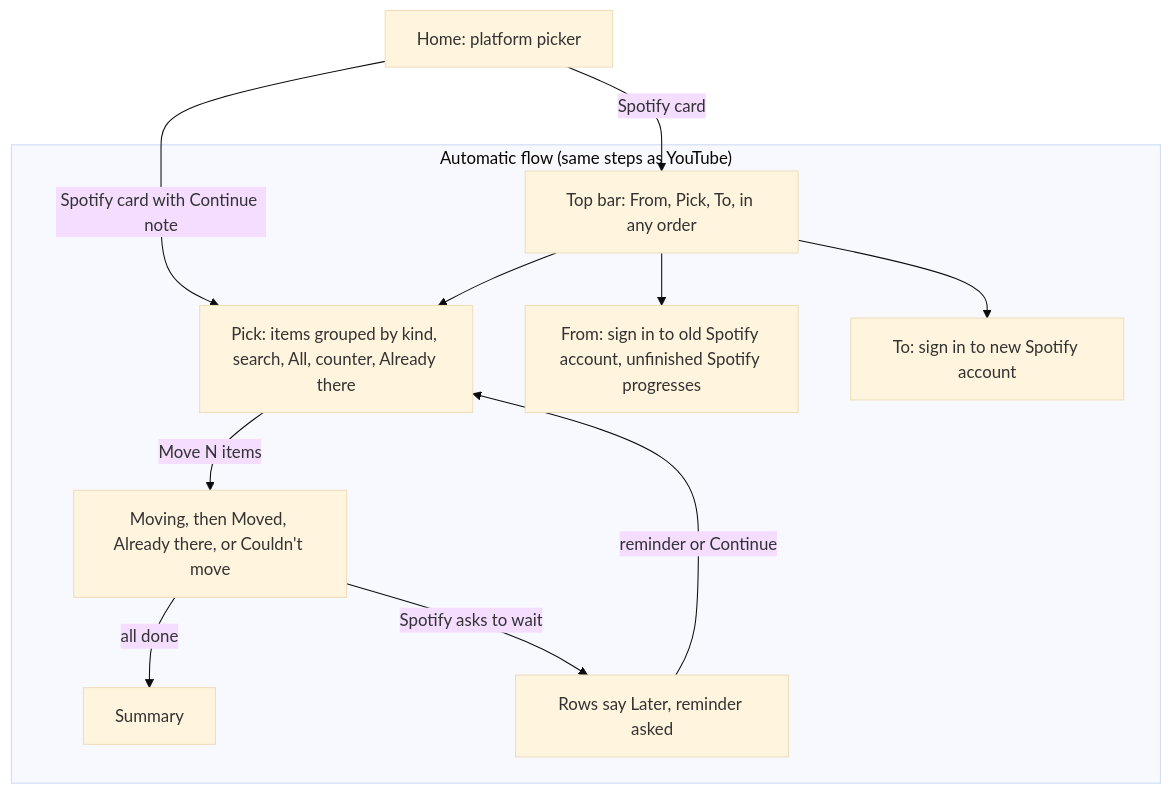
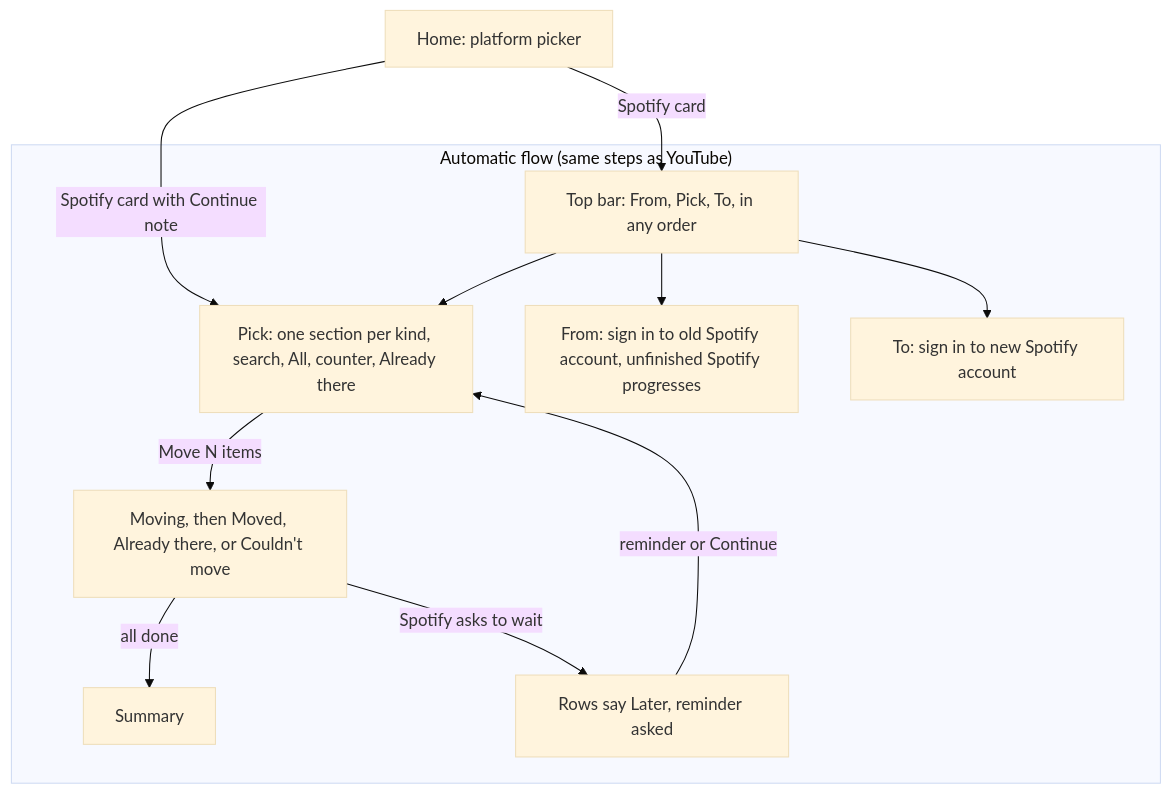
One commit to Dodo-Tech-Hub/magpie changed the first of 3 diagrams in specs/007-spotify-platform/spec.md. Above: the diagram before and after it, drawn with Mermaid (base theme). The commit also changed other lines of this file, not shown here.

Commit message:
docs(spec): split Spotify Pick list into sections per kind

````diff
--- a/specs/007-spotify-platform/spec.md
+++ b/specs/007-spotify-platform/spec.md
@@ -19,16 +19,16 @@
 ```mermaid
 flowchart TD
     Home["Home: platform picker"] -->|Spotify card| Bar
     Home -->|Spotify card with Continue note| Pick
 
     subgraph Auto["Automatic flow (same steps as YouTube)"]
         Bar["Top bar: From, Pick, To, in any order"]
         Bar --> From["From: sign in to old Spotify account, unfinished Spotify progresses"]
-        Bar --> Pick["Pick: items grouped by kind, search, All, counter, Already there"]
+        Bar --> Pick["Pick: one section per kind, search, All, counter, Already there"]
         Bar --> To["To: sign in to new Spotify account"]
         Pick -->|Move N items| Moving["Moving, then Moved, Already there, or Couldn't move"]
         Moving -->|all done| Summary["Summary"]
         Moving -->|Spotify asks to wait| Wait["Rows say Later, reminder asked"]
         Wait -->|reminder or Continue| Pick
     end
 ```
````
